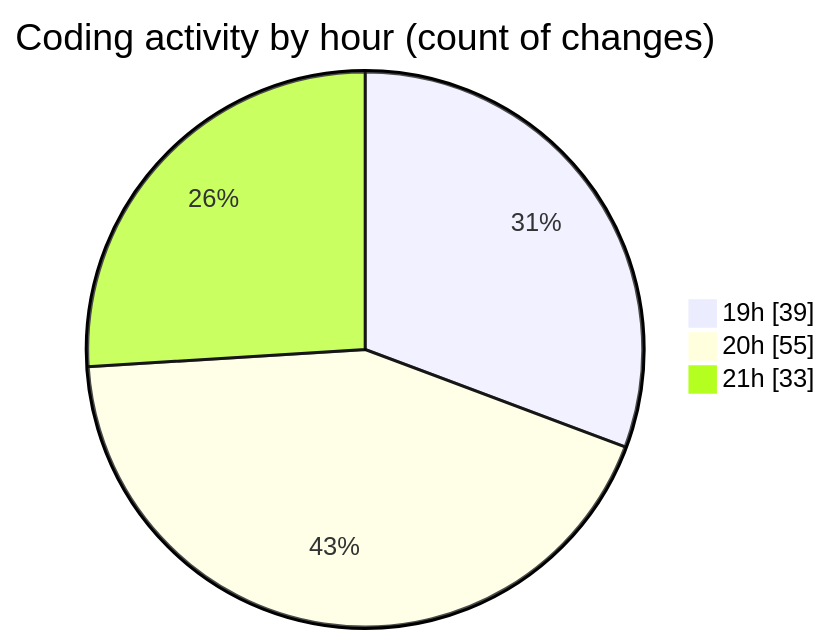
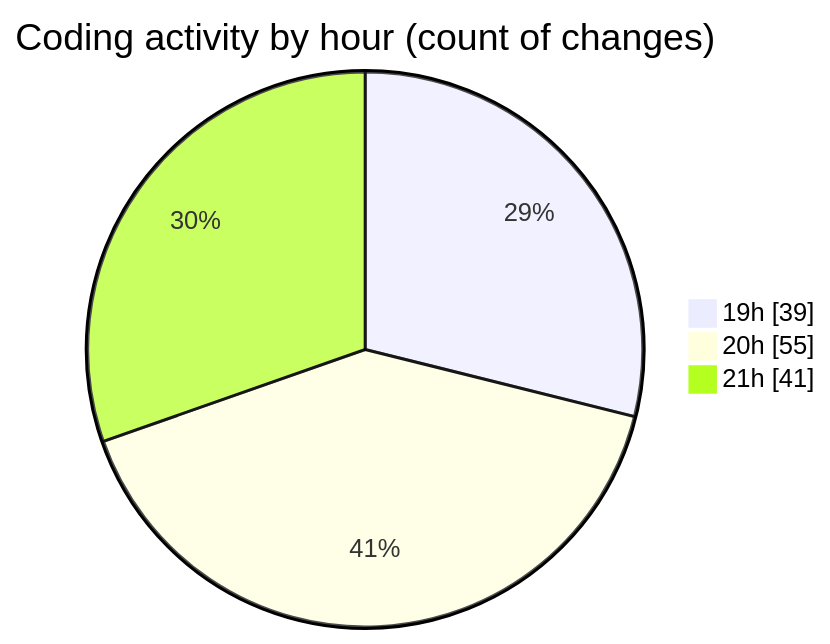
The second of 2 diagrams in 2026-06-16/cda/README.md (momahboobian/code-tracking), drawn with Mermaid before and after one commit. The commit also changed other lines of this file and 1 other file, not shown here.

````diff
--- a/2026-06-16/cda/README.md
+++ b/2026-06-16/cda/README.md
@@ -81,7 +84,7 @@
 ```mermaid
 pie showData
 title Coding activity by hour (count of changes)
 "19h" : 39
 "20h" : 55
-"21h" : 33
+"21h" : 41
 ```
````
